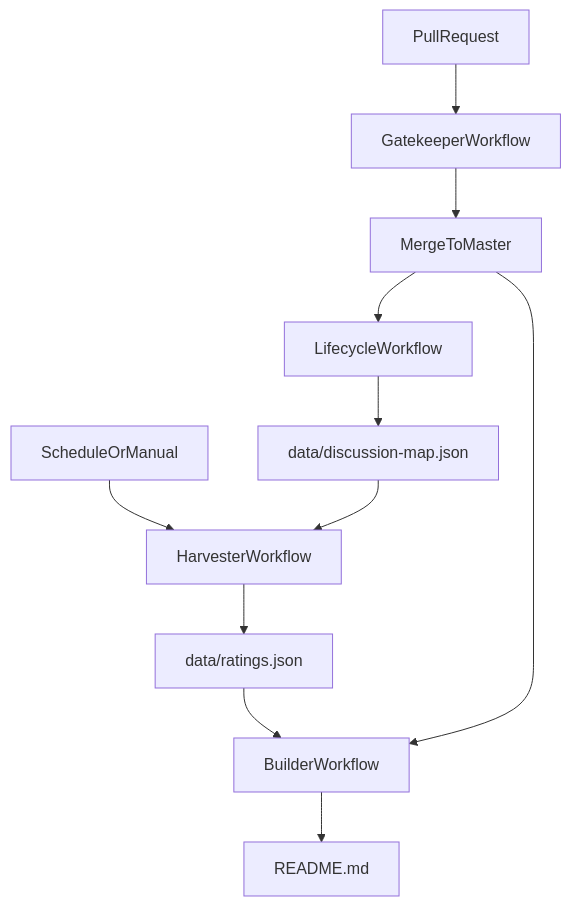
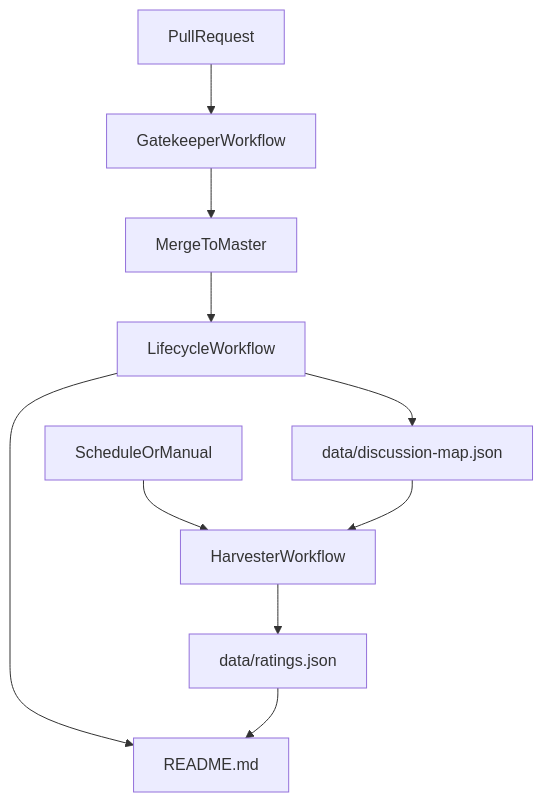
One commit to yilverdeja/awesome-cantonese-resources changed the diagram in ARCHITECTURE.md. Above: the diagram before and after it, drawn with Mermaid. The commit also changed other lines of this file and 4 other files, not shown here.

````diff
--- a/ARCHITECTURE.md
+++ b/ARCHITECTURE.md
@@ -28,13 +28,12 @@
 ```mermaid
 flowchart TD
   PR[PullRequest] --> Gatekeeper[GatekeeperWorkflow]
   Gatekeeper --> Merge[MergeToMaster]
   Merge --> Lifecycle[LifecycleWorkflow]
   Lifecycle --> DiscussionMap[data/discussion-map.json]
+  Lifecycle --> Readme[README.md]
   Schedule[ScheduleOrManual] --> Harvester[HarvesterWorkflow]
   Harvester --> Ratings[data/ratings.json]
   DiscussionMap --> Harvester
-  Ratings --> Builder[BuilderWorkflow]
-  Merge --> Builder
-  Builder --> Readme[README.md]
+  Ratings --> Readme
 ```
````
